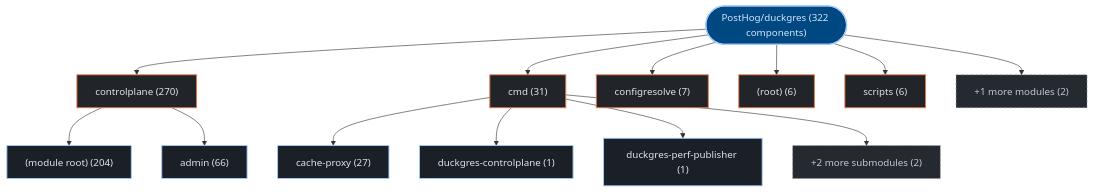
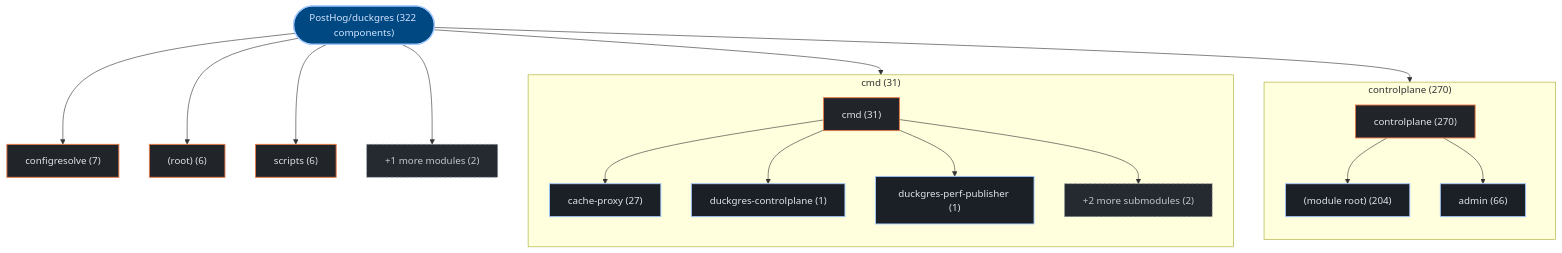
One commit to kumarshaz/atruss-code-atlas changed the first of 3 diagrams in exports/latest/reports/PostHog-duckgres-report.md. Above: the diagram before and after it, drawn with Mermaid. The commit also changed 178 other files, not shown here.

Commit message:
feat(ui,mermaid): upgrade to mermaid v12 + ELK layout, add orgs-summary + pagination, subgraph building blocks, fix tab alignment

````diff
--- a/exports/latest/reports/PostHog-duckgres-report.md
+++ b/exports/latest/reports/PostHog-duckgres-report.md
@@ -42,35 +42,41 @@
 ```mermaid
 graph TD;
   classDef atlasRoot fill:#004882,stroke:#a3c9ff,stroke-width:2px,color:#d3e4ff
   classDef atlasCategory fill:#212428,stroke:#E87A48,stroke-width:1.5px,color:#dfe3eb
   classDef atlasWorkflow fill:#1b2026,stroke:#a3c9ff,stroke-width:1.5px,color:#dfe3eb
   classDef atlasJob fill:#171c22,stroke:#8d9199,stroke-width:1px,color:#dfe3eb
   classDef atlasTarget fill:#005227,stroke:#8bd99b,stroke-width:1.5px,color:#a7f6b6
   classDef atlasAlert fill:#93000a,stroke:#ffb4ab,stroke-width:1.5px,color:#ffdad6
   classDef atlasMore fill:#252a31,stroke:#8d9199,stroke-dasharray:4 4,color:#c3c6cf
     repo_root(["PostHog/duckgres (322 components)"]):::atlasRoot
-    dir_0_controlplane["controlplane (270)"]:::atlasCategory
+    subgraph sg_dir_0_controlplane["controlplane (270)"]
+      direction TB
+      dir_0_controlplane["controlplane (270)"]:::atlasCategory
+      sub_0_0__module_root_["(module root) (204)"]:::atlasWorkflow
+      dir_0_controlplane --> sub_0_0__module_root_
+      sub_0_1_admin["admin (66)"]:::atlasWorkflow
+      dir_0_controlplane --> sub_0_1_admin
+    end
     repo_root --> dir_0_controlplane
-    sub_0_0__module_root_["(module root) (204)"]:::atlasWorkflow
-    dir_0_controlplane --> sub_0_0__module_root_
-    sub_0_1_admin["admin (66)"]:::atlasWorkflow
-    dir_0_controlplane --> sub_0_1_admin
-    dir_1_cmd["cmd (31)"]:::atlasCategory
+    subgraph sg_dir_1_cmd["cmd (31)"]
+      direction TB
+      dir_1_cmd["cmd (31)"]:::atlasCategory
+      sub_1_0_cache_proxy["cache-proxy (27)"]:::atlasWorkflow
+      dir_1_cmd --> sub_1_0_cache_proxy
+      sub_1_1_duckgres_controlplane["duckgres-controlplane (1)"]:::atlasWorkflow
+      dir_1_cmd --> sub_1_1_duckgres_controlplane
+      sub_1_2_duckgres_perf_publisher["duckgres-perf-publisher (1)"]:::atlasWorkflow
+      dir_1_cmd --> sub_1_2_duckgres_perf_publisher
+      sub_1_more["+2 more submodules (2)"]:::atlasMore
+      dir_1_cmd --> sub_1_more
+    end
     repo_root --> dir_1_cmd
-    sub_1_0_cache_proxy["cache-proxy (27)"]:::atlasWorkflow
-    dir_1_cmd --> sub_1_0_cache_proxy
-    sub_1_1_duckgres_controlplane["duckgres-controlplane (1)"]:::atlasWorkflow
-    dir_1_cmd --> sub_1_1_duckgres_controlplane
-    sub_1_2_duckgres_perf_publisher["duckgres-perf-publisher (1)"]:::atlasWorkflow
-    dir_1_cmd --> sub_1_2_duckgres_perf_publisher
-    sub_1_more["+2 more submodules (2)"]:::atlasMore
-    dir_1_cmd --> sub_1_more
     dir_2_configresolve["configresolve (7)"]:::atlasCategory
     repo_root --> dir_2_configresolve
     dir_3__root_["(root) (6)"]:::atlasCategory
     repo_root --> dir_3__root_
     dir_4_scripts["scripts (6)"]:::atlasCategory
     repo_root --> dir_4_scripts
     dir_other_modules["+1 more modules (2)"]:::atlasMore
     repo_root --> dir_other_modules
 ```
````
